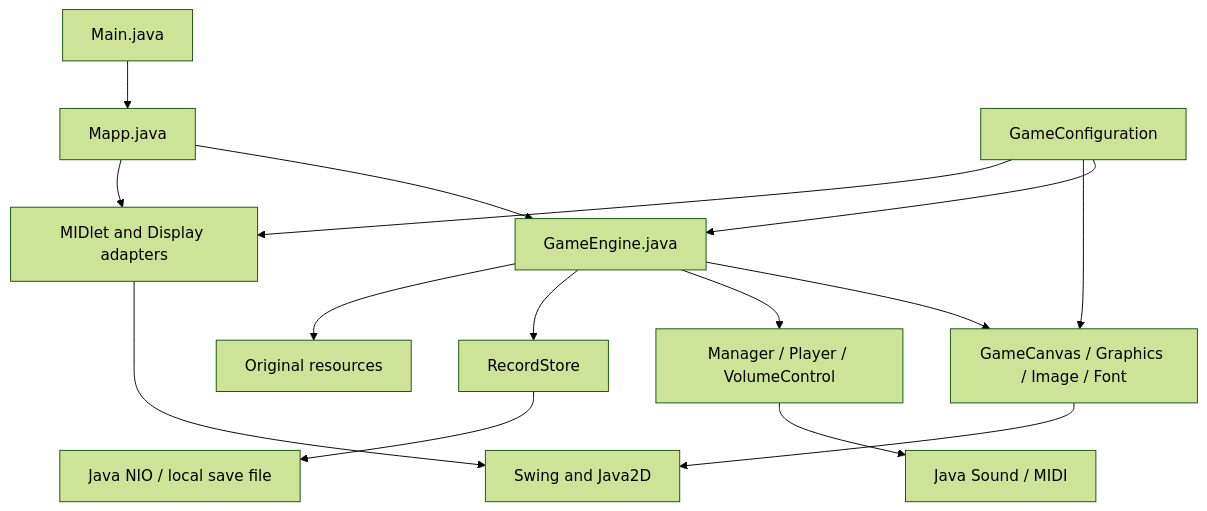
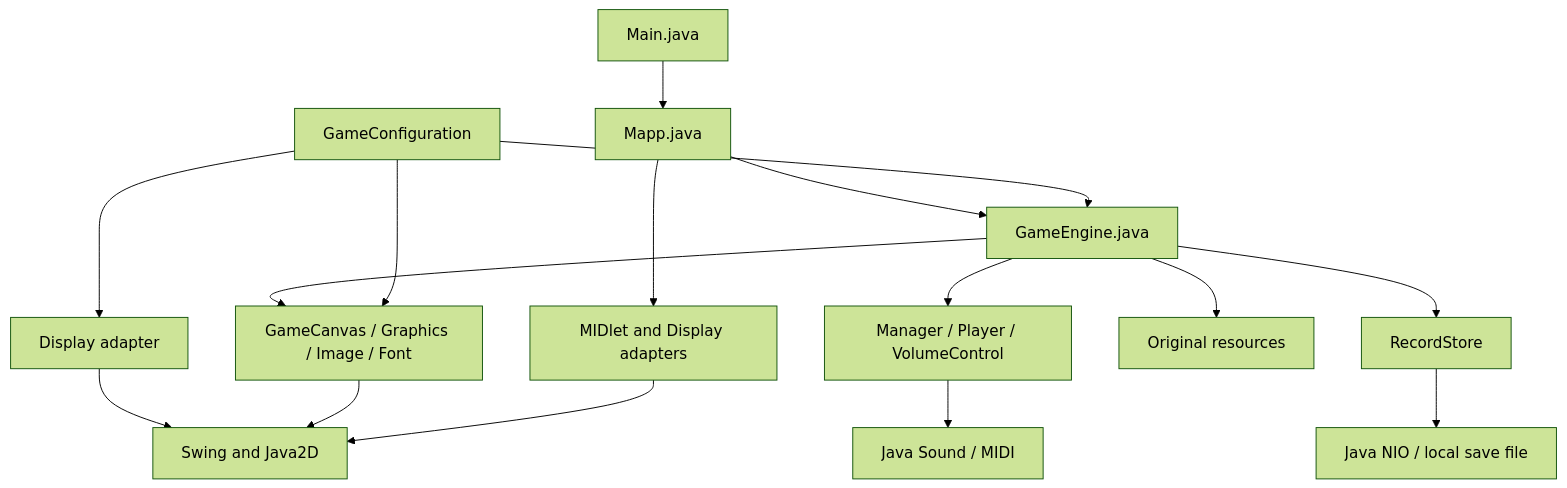
One commit to felipedelosh/PortDrHousePCByLoko changed the third of 3 diagrams in readme.md. Above: the diagram before and after it, drawn with Mermaid (forest theme). The commit also changed other lines of this file, not shown here.

````diff
--- a/readme.md
+++ b/readme.md
@@ -154,17 +181,18 @@
 ```mermaid
 flowchart TD
     Main[Main.java] --> Mapp[Mapp.java]
     Mapp --> Engine[GameEngine.java]
     Mapp --> MIDlet[MIDlet and Display adapters]
     Engine --> Canvas[GameCanvas / Graphics / Image / Font]
     Engine --> Audio[Manager / Player / VolumeControl]
     Engine --> Save[RecordStore]
     Engine --> Resources[Original resources]
     Config[GameConfiguration] --> Engine
     Config --> Canvas
-    Config --> MIDlet
+    Config --> Display[Display adapter]
+    Display --> Swing
     Canvas --> Swing[Swing and Java2D]
     MIDlet --> Swing
     Audio --> MIDI[Java Sound / MIDI]
     Save --> Files[Java NIO / local save file]
 ```
````
